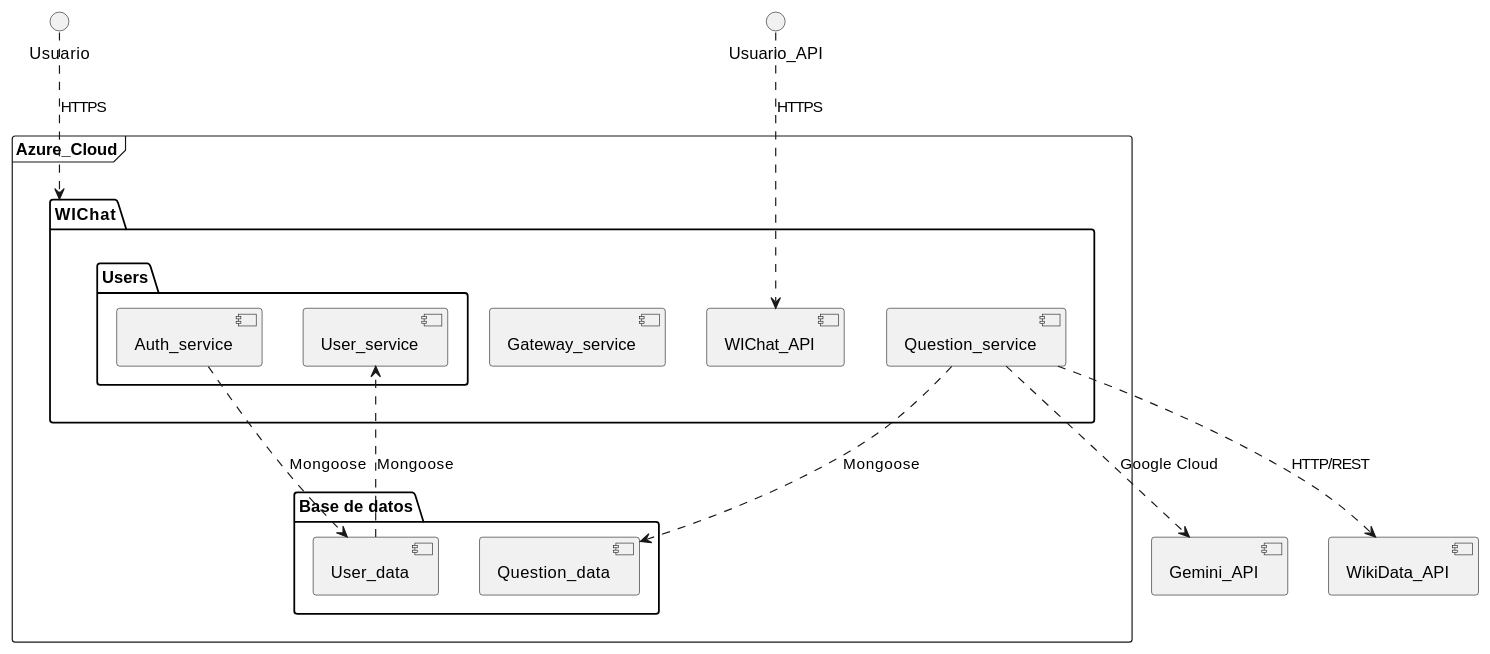
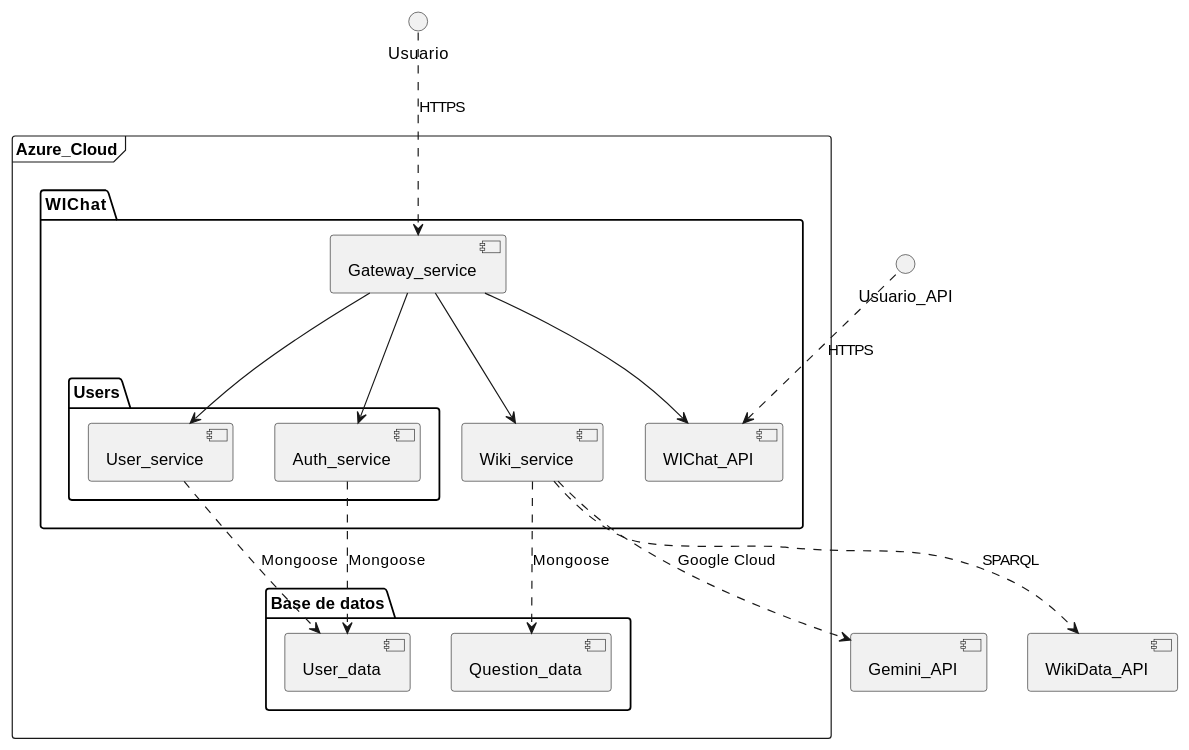
Before and after one commit to Arquisoft/wichat_es5a: the second of 2 diagrams in docs/src/03_context_and_scope.adoc, drawn with PlantUML. The commit also changed 10 other files, not shown here.

```diff
--- a/docs/src/03_context_and_scope.adoc
+++ b/docs/src/03_context_and_scope.adoc
@@ -110,29 +110,33 @@
 [plantuml, "Contexto técnico WIChat", png]
 ----
 frame "Azure_Cloud" {
     package "WIChat" {
          [WIChat_API]
          [Gateway_service]
-         [Question_service]
+         [Wiki_service]
          package "Users" {
               [Auth_service]
               [User_service]
          }
     }
     package "Base de datos" {
         [User_data]
         [Question_data]
     }
 }
 [WikiData_API]
 [Gemini_API]
 () "Usuario"
 () "Usuario_API"
-Usuario ..> WIChat : HTTPS
-Question_service ..> WikiData_API : HTTP/REST
-Question_service ..> Gemini_API : Google Cloud
+Usuario ..> Gateway_service : HTTPS
+Gateway_service --> Wiki_service
+Gateway_service --> Auth_service
+Gateway_service --> User_service
+Gateway_service --> WIChat_API
+Wiki_service ..> WikiData_API : SPARQL
+Wiki_service ..> Gemini_API : Google Cloud
 Auth_service ..> User_data : Mongoose
-User_data ..> User_service : Mongoose
-Question_service ..> Question_data : Mongoose
+User_service ..> User_data  : Mongoose
+Wiki_service ..> Question_data : Mongoose
 Usuario_API ..> WIChat_API : HTTPS
 ----
```
